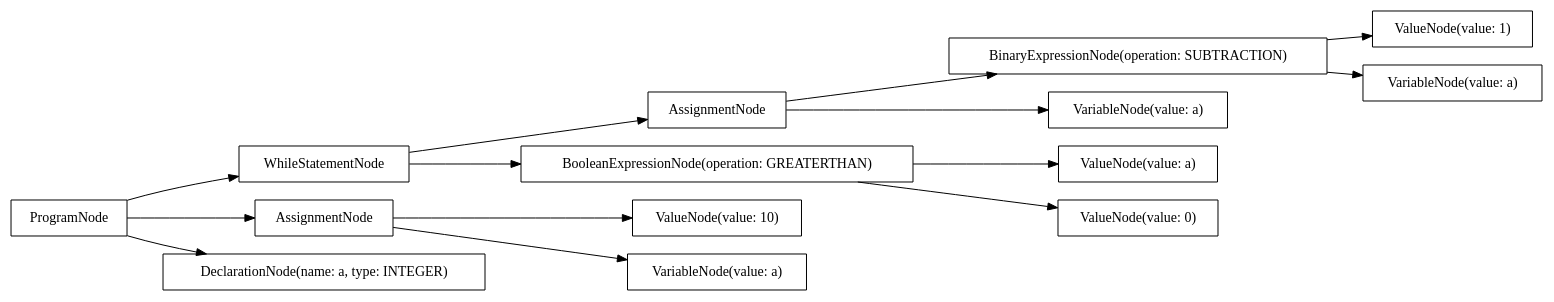
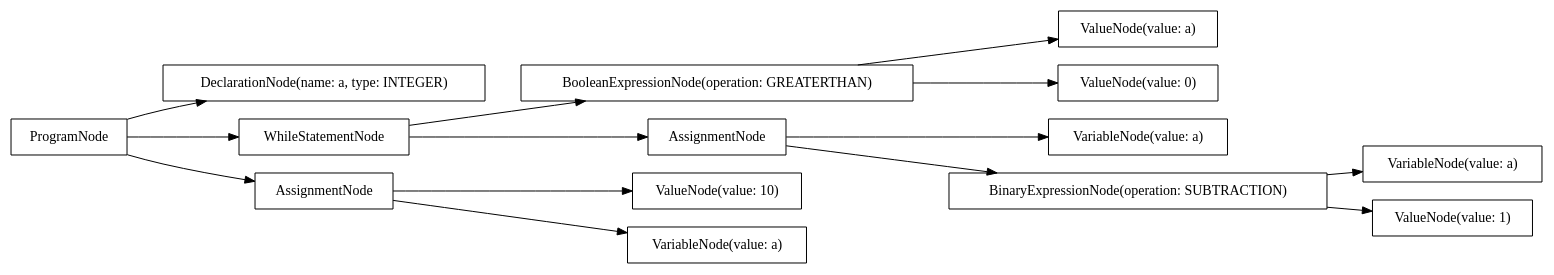
The diagram in src/output/dot/example-while.dot (AtLeastITry/ANTLR-Python-Compiler), drawn with Graphviz before and after one commit. The commit also changed 11 other files, not shown here.

Commit message:
WIP: fix dependency graph issues.

```diff
--- a/src/output/dot/example-while.dot
+++ b/src/output/dot/example-while.dot
@@ -1,30 +1,30 @@
 digraph G {
 rankdir=LR
-"4b9d3376-4339-4819-8508-64c5704bcbad" [label="ValueNode(value: 10)" shape="box"];
-"2e5bbf99-fe2d-4730-8adc-d81fab1ca921" [label="ValueNode(value: a)" shape="box"];
-"bd83e411-2f6f-433b-8981-5f0992b2297e" [label="AssignmentNode" shape="box"];
-"828a7430-be40-4c78-a250-20ba503a9cf1" [label="ValueNode(value: 1)" shape="box"];
-"9e694b2e-c2d2-4aaa-85ff-b1cdeeb252fb" [label="VariableNode(value: a)" shape="box"];
-"3c8a81e2-6411-48e6-9604-d897fc09472d" [label="WhileStatementNode" shape="box"];
-"d241dc93-9639-4432-b269-a4b5475d12d0" [label="BooleanExpressionNode(operation: GREATERTHAN)" shape="box"];
-"175077ef-93c5-4210-b073-8bb82c56195a" [label="BinaryExpressionNode(operation: SUBTRACTION)" shape="box"];
-"01cfab37-65d1-4d8c-a4fb-e5ced186c198" [label="ProgramNode" shape="box"];
-"baca67e5-47d2-4178-b3a1-5846c96278d2" [label="ValueNode(value: 0)" shape="box"];
-"1a311106-de73-438c-b9a0-a48a5ae1a450" [label="AssignmentNode" shape="box"];
-"21e612f4-0122-40c0-ae49-ce6747859c8d" [label="DeclarationNode(name: a, type: INTEGER)" shape="box"];
-"70935fbe-719a-4dde-a27d-84f844cfd95a" [label="VariableNode(value: a)" shape="box"];
-"c4291c1d-f25e-4f8c-bdcb-4590934b9c6c" [label="VariableNode(value: a)" shape="box"];
-"01cfab37-65d1-4d8c-a4fb-e5ced186c198" -> "21e612f4-0122-40c0-ae49-ce6747859c8d";
-"01cfab37-65d1-4d8c-a4fb-e5ced186c198" -> "1a311106-de73-438c-b9a0-a48a5ae1a450";
-"1a311106-de73-438c-b9a0-a48a5ae1a450" -> "70935fbe-719a-4dde-a27d-84f844cfd95a";
-"1a311106-de73-438c-b9a0-a48a5ae1a450" -> "4b9d3376-4339-4819-8508-64c5704bcbad";
-"01cfab37-65d1-4d8c-a4fb-e5ced186c198" -> "3c8a81e2-6411-48e6-9604-d897fc09472d";
-"3c8a81e2-6411-48e6-9604-d897fc09472d" -> "d241dc93-9639-4432-b269-a4b5475d12d0";
-"d241dc93-9639-4432-b269-a4b5475d12d0" -> "2e5bbf99-fe2d-4730-8adc-d81fab1ca921";
-"d241dc93-9639-4432-b269-a4b5475d12d0" -> "baca67e5-47d2-4178-b3a1-5846c96278d2";
-"3c8a81e2-6411-48e6-9604-d897fc09472d" -> "bd83e411-2f6f-433b-8981-5f0992b2297e";
-"bd83e411-2f6f-433b-8981-5f0992b2297e" -> "c4291c1d-f25e-4f8c-bdcb-4590934b9c6c";
-"bd83e411-2f6f-433b-8981-5f0992b2297e" -> "175077ef-93c5-4210-b073-8bb82c56195a";
-"175077ef-93c5-4210-b073-8bb82c56195a" -> "9e694b2e-c2d2-4aaa-85ff-b1cdeeb252fb";
-"175077ef-93c5-4210-b073-8bb82c56195a" -> "828a7430-be40-4c78-a250-20ba503a9cf1";
+"07f6d584-8b4c-4bb6-b955-a6c182ce2a33" [label="VariableNode(value: a)" shape="box"];
+"b2734c0a-4ea3-43c9-b214-1ab2a6058832" [label="VariableNode(value: a)" shape="box"];
+"9fff9e51-9d31-43c1-9645-3f87a173f7a5" [label="ProgramNode" shape="box"];
+"ac8aafd1-9b73-4549-aee8-18fbc934a1ed" [label="DeclarationNode(name: a, type: INTEGER)" shape="box"];
+"3ad40be0-5663-4427-ad9c-7df983704c57" [label="BinaryExpressionNode(operation: SUBTRACTION)" shape="box"];
+"f784227a-1076-4e55-9ae6-cab109e471fc" [label="ValueNode(value: 1)" shape="box"];
+"7d226d70-ae8a-43fe-8101-fc991cd684bc" [label="WhileStatementNode" shape="box"];
+"0121c23a-290f-4c39-96ed-37645e8628d7" [label="ValueNode(value: 10)" shape="box"];
+"41fac116-2ed3-4855-85f3-4d823ad5c4f8" [label="BooleanExpressionNode(operation: GREATERTHAN)" shape="box"];
+"1269fe97-b0c0-445f-919b-e90de2b61cfd" [label="VariableNode(value: a)" shape="box"];
+"301dcbb3-f919-407a-b888-e36a998ffdfc" [label="AssignmentNode" shape="box"];
+"d4c4fc54-c2c9-4cb7-bd5c-c9feb9f2d980" [label="AssignmentNode" shape="box"];
+"656c5d81-a300-4b0a-b019-7a1e4bf3ae2d" [label="ValueNode(value: a)" shape="box"];
+"812774aa-d9f0-4510-a4ba-0f8fb370c8f6" [label="ValueNode(value: 0)" shape="box"];
+"9fff9e51-9d31-43c1-9645-3f87a173f7a5" -> "ac8aafd1-9b73-4549-aee8-18fbc934a1ed";
+"9fff9e51-9d31-43c1-9645-3f87a173f7a5" -> "d4c4fc54-c2c9-4cb7-bd5c-c9feb9f2d980";
+"d4c4fc54-c2c9-4cb7-bd5c-c9feb9f2d980" -> "1269fe97-b0c0-445f-919b-e90de2b61cfd";
+"d4c4fc54-c2c9-4cb7-bd5c-c9feb9f2d980" -> "0121c23a-290f-4c39-96ed-37645e8628d7";
+"9fff9e51-9d31-43c1-9645-3f87a173f7a5" -> "7d226d70-ae8a-43fe-8101-fc991cd684bc";
+"7d226d70-ae8a-43fe-8101-fc991cd684bc" -> "41fac116-2ed3-4855-85f3-4d823ad5c4f8";
+"41fac116-2ed3-4855-85f3-4d823ad5c4f8" -> "656c5d81-a300-4b0a-b019-7a1e4bf3ae2d";
+"41fac116-2ed3-4855-85f3-4d823ad5c4f8" -> "812774aa-d9f0-4510-a4ba-0f8fb370c8f6";
+"7d226d70-ae8a-43fe-8101-fc991cd684bc" -> "301dcbb3-f919-407a-b888-e36a998ffdfc";
+"301dcbb3-f919-407a-b888-e36a998ffdfc" -> "b2734c0a-4ea3-43c9-b214-1ab2a6058832";
+"301dcbb3-f919-407a-b888-e36a998ffdfc" -> "3ad40be0-5663-4427-ad9c-7df983704c57";
+"3ad40be0-5663-4427-ad9c-7df983704c57" -> "07f6d584-8b4c-4bb6-b955-a6c182ce2a33";
+"3ad40be0-5663-4427-ad9c-7df983704c57" -> "f784227a-1076-4e55-9ae6-cab109e471fc";
 }
```
